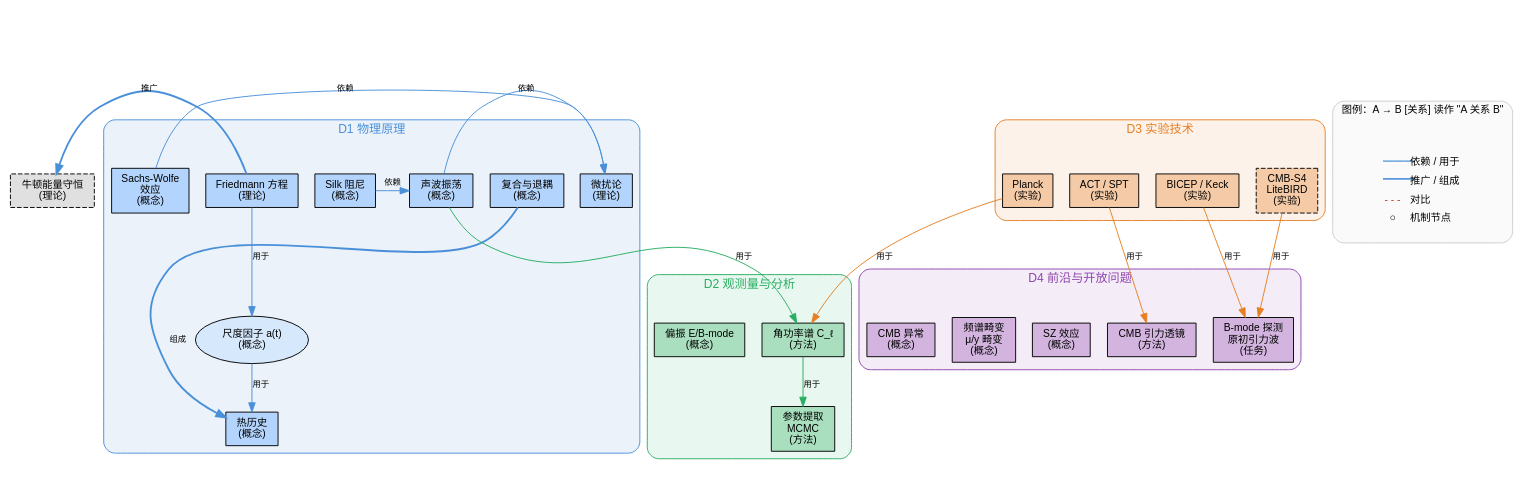
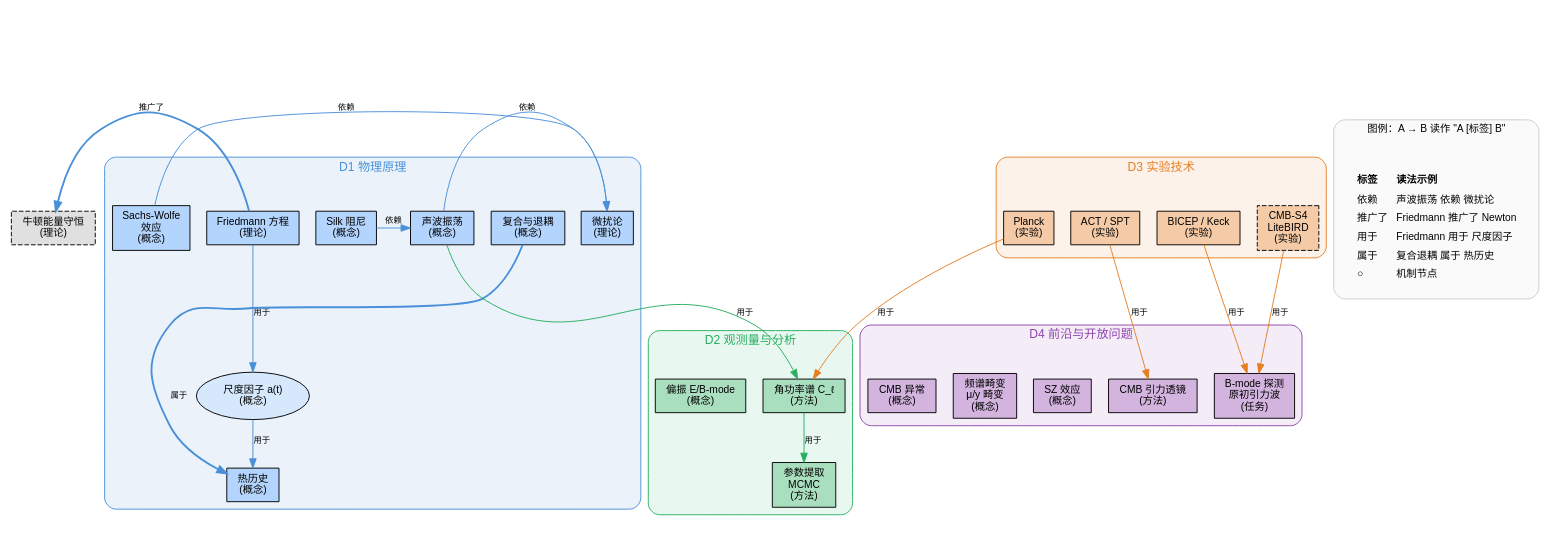
The diagram in domains/CMB/knowledge-graph.dot (dreamthreebs/llmlearner), drawn with Graphviz before and after one commit. The commit also changed 14 other files, not shown here.

Commit message:
更新 README 和知识图，调整关系标签以符合新约定，增强文档一致性。新增在线阅读和本地预览说明，更新知识图示例和图例内容，确保所有关系标签符合最新标准。

```diff
--- a/domains/CMB/knowledge-graph.dot
+++ b/domains/CMB/knowledge-graph.dot
@@ -1,125 +1,123 @@
 digraph CMB {
   // 全局样式
   rankdir=TB;
   fontname="Helvetica,Arial,sans-serif";
   node [fontname="Helvetica,Arial,sans-serif", fontsize=11, style=filled, shape=box, margin="0.15,0.08"];
   edge [fontname="Helvetica,Arial,sans-serif", fontsize=9, color="#666666"];
 
-  // 箭头方向约定（字面阅读）：
-  // A → B [关系] 读作 "A 关系 B"
-  // 例：A → B [依赖] = "A 依赖 B"
-  //     A → B [推广] = "A 推广了 B"
-  //     A → B [组成] = "A 是 B 的组成部分"
+  // 箭头约定（字面阅读）：A → B [标签] 读作 "A 标签 B"
 
   // ─── 前置 ───
   Newton [label="牛顿能量守恒\n(理论)", fillcolor="#E0E0E0", style="filled,dashed"];
 
   // ─── D1 物理原理 ───
   subgraph cluster_D1 {
     label="D1 物理原理";
     style=rounded;
     color="#4A90D9";
     fontcolor="#4A90D9";
     fontsize=13;
     bgcolor="#EBF2FA";
 
     Friedmann    [label="Friedmann 方程\n(理论)", fillcolor="#B3D4FC"];
     ScaleFactor  [label="尺度因子 a(t)\n(概念)", fillcolor="#D6E8FC", shape=ellipse];
     ThermalHist  [label="热历史\n(概念)", fillcolor="#B3D4FC"];
     Recomb       [label="复合与退耦\n(概念)", fillcolor="#B3D4FC"];
     Perturbation [label="微扰论\n(理论)", fillcolor="#B3D4FC"];
     Acoustic     [label="声波振荡\n(概念)", fillcolor="#B3D4FC"];
     SilkDamping  [label="Silk 阻尼\n(概念)", fillcolor="#B3D4FC"];
     SachsWolfe   [label="Sachs-Wolfe\n效应\n(概念)", fillcolor="#B3D4FC"];
   }
 
   // ─── D2 观测量与分析 ───
   subgraph cluster_D2 {
     label="D2 观测量与分析";
     style=rounded;
     color="#27AE60";
     fontcolor="#27AE60";
     fontsize=13;
     bgcolor="#E8F8F0";
 
     Cl           [label="角功率谱 C_ℓ\n(方法)", fillcolor="#A9DFBF"];
     Polarization [label="偏振 E/B-mode\n(概念)", fillcolor="#A9DFBF"];
     ParamExtract [label="参数提取\nMCMC\n(方法)", fillcolor="#A9DFBF"];
   }
 
   // ─── D3 实验技术 ───
   subgraph cluster_D3 {
     label="D3 实验技术";
     style=rounded;
     color="#E67E22";
     fontcolor="#E67E22";
     fontsize=13;
     bgcolor="#FDF2E9";
 
     Planck [label="Planck\n(实验)", fillcolor="#F5CBA7"];
     ACT    [label="ACT / SPT\n(实验)", fillcolor="#F5CBA7"];
     BICEP  [label="BICEP / Keck\n(实验)", fillcolor="#F5CBA7"];
     Future [label="CMB-S4\nLiteBIRD\n(实验)", fillcolor="#F5CBA7", style="filled,dashed"];
   }
 
   // ─── D4 前沿与开放问题 ───
   subgraph cluster_D4 {
     label="D4 前沿与开放问题";
     style=rounded;
     color="#8E44AD";
     fontcolor="#8E44AD";
     fontsize=13;
     bgcolor="#F4ECF7";
 
     Bmode     [label="B-mode 探测\n原初引力波\n(任务)", fillcolor="#D2B4DE"];
     Lensing   [label="CMB 引力透镜\n(方法)", fillcolor="#D2B4DE"];
     SZ        [label="SZ 效应\n(概念)", fillcolor="#D2B4DE"];
     SpectDist [label="频谱畸变\nμ/y 畸变\n(概念)", fillcolor="#D2B4DE"];
     Anomalies [label="CMB 异常\n(概念)", fillcolor="#D2B4DE"];
   }
 
   // ─── D1 内部 ───
   // Friedmann 推广了牛顿能量守恒
-  Friedmann -> Newton [label="推广", color="#4A90D9", style=bold, constraint=false];
+  Friedmann -> Newton [label="推广了", color="#4A90D9", style=bold, constraint=false];
 
   // 机制链：Friedmann → a(t) → 热历史
   Friedmann -> ScaleFactor [label="用于", color="#4A90D9"];
   ScaleFactor -> ThermalHist [label="用于", color="#4A90D9"];
 
-  // 复合与退耦是热历史的组成部分
-  Recomb -> ThermalHist [label="组成", color="#4A90D9", style=bold, constraint=false];
+  // 复合与退耦属于热历史
+  Recomb -> ThermalHist [label="属于", color="#4A90D9", style=bold, constraint=false];
 
   // 声波振荡依赖微扰论、SW 效应依赖微扰论
   Acoustic -> Perturbation [label="依赖", color="#4A90D9", constraint=false];
   SachsWolfe -> Perturbation [label="依赖", color="#4A90D9", constraint=false];
 
-  // Silk 阻尼依赖声波振荡（阻尼的就是声波振荡）
+  // Silk 阻尼依赖声波振荡
   SilkDamping -> Acoustic [label="依赖", color="#4A90D9", constraint=false];
 
-  // ─── D1 → D2：核心物理 → 功率谱 ───
+  // ─── D1 → D2 ───
   Acoustic -> Cl [label="用于", color="#27AE60"];
   Cl -> ParamExtract [label="用于", color="#27AE60"];
 
   // ─── D3 → D2/D4 ───
   Planck -> Cl [label="用于", color="#E67E22"];
   ACT -> Lensing [label="用于", color="#E67E22"];
   BICEP -> Bmode [label="用于", color="#E67E22"];
   Future -> Bmode [label="用于", color="#E67E22"];
 
   // ─── 图例 ───
   subgraph cluster_legend {
-    label="图例：A → B [关系] 读作 \"A 关系 B\"";
+    label="图例：A → B 读作 \"A [标签] B\"";
     style=rounded;
     color="#CCCCCC";
     fontsize=11;
     bgcolor="#FAFAFA";
     node [shape=plaintext, fillcolor="#FAFAFA"];
 
     leg1 [label=<<TABLE BORDER="0" CELLBORDER="0" CELLSPACING="4">
-      <TR><TD><FONT COLOR="#4A90D9">━━━</FONT></TD><TD ALIGN="LEFT">依赖 / 用于</TD></TR>
-      <TR><TD><FONT COLOR="#4A90D9"><B>━━━</B></FONT></TD><TD ALIGN="LEFT">推广 / 组成</TD></TR>
-      <TR><TD><FONT COLOR="#C0392B">- - -</FONT></TD><TD ALIGN="LEFT">对比</TD></TR>
-      <TR><TD>○</TD><TD ALIGN="LEFT">机制节点</TD></TR>
+      <TR><TD ALIGN="LEFT"><B>标签</B></TD><TD ALIGN="LEFT"><B>读法示例</B></TD></TR>
+      <TR><TD ALIGN="LEFT">依赖</TD><TD ALIGN="LEFT">声波振荡 依赖 微扰论</TD></TR>
+      <TR><TD ALIGN="LEFT">推广了</TD><TD ALIGN="LEFT">Friedmann 推广了 Newton</TD></TR>
+      <TR><TD ALIGN="LEFT">用于</TD><TD ALIGN="LEFT">Friedmann 用于 尺度因子</TD></TR>
+      <TR><TD ALIGN="LEFT">属于</TD><TD ALIGN="LEFT">复合退耦 属于 热历史</TD></TR>
+      <TR><TD ALIGN="LEFT">○</TD><TD ALIGN="LEFT">机制节点</TD></TR>
     </TABLE>>];
   }
 }
```
